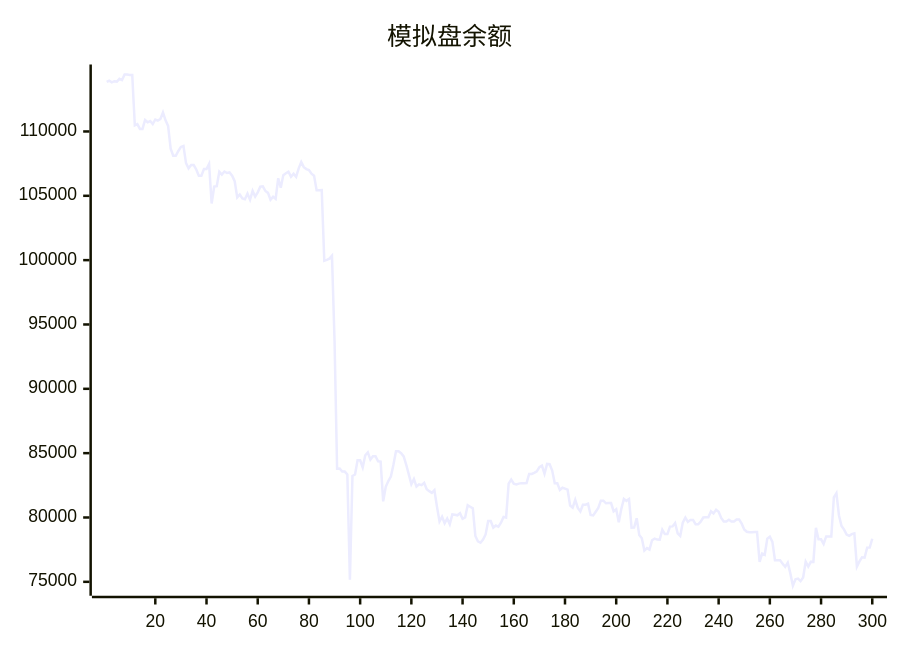
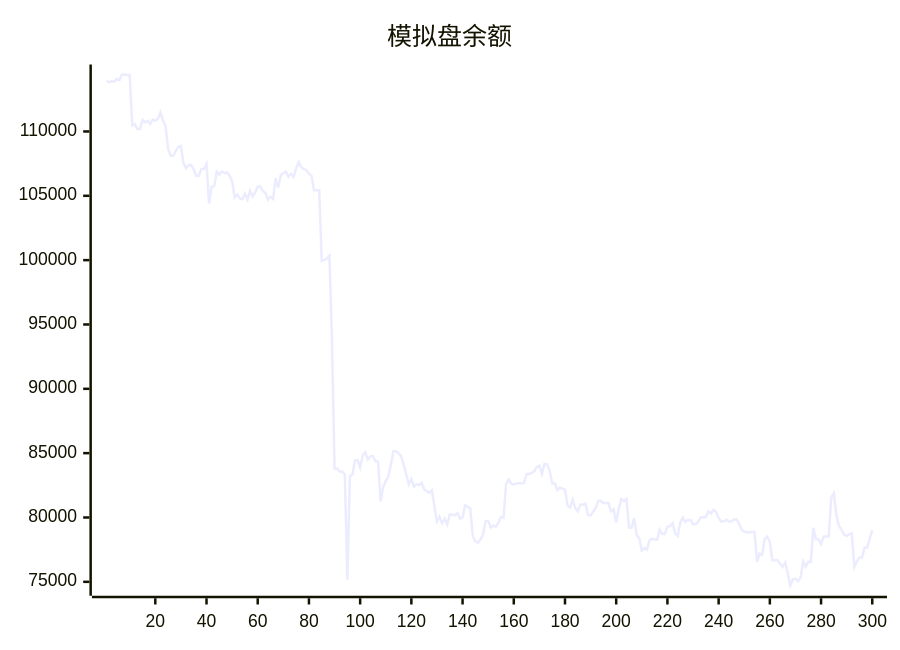
One commit to aahl/ai-trading changed the diagram in README.md. Above: the diagram before and after it, drawn with Mermaid. The commit also changed other lines of this file and 1 other file, not shown here.

````diff
--- a/README.md
+++ b/README.md
@@ -5,5 +5,5 @@
 ```mermaid
 xychart
     title "模拟盘余额"
-    line [113853,113942,113812,113908,113877,114091,113998,114427,114422,114384,114384,110477,110576,110198,110198,110890,110712,110812,110569,110929,110847,110968,111478,110870,110433,108661,108116,108115,108485,108797,108877,107536,107134,107393,107393,107046,106565,106565,107081,107081,107478,104404,105715,105749,106866,106651,106889,106771,106816,106565,106141,104876,105103,104796,104734,105169,104690,105380,104941,105272,105709,105739,105374,105227,104691,104924,104762,106364,105628,106608,106748,106872,106485,106721,106468,107132,107620,107224,107080,107001,106717,106567,105431,105431,105440,99950,100017,100113,100337,93749,83795,83807,83567,83567,83342,75168,83222,83336,84448,84449,83896,84839,85065,84499,84757,84757,84364,84347,81254,82385,82835,83184,84099,85150,85150,85002,84751,84096,83356,82582,82983,82404,82572,82512,82688,82200,82047,81920,82125,80840,79688,80060,79552,79920,79470,80236,80208,80170,80336,79894,80006,80954,80837,80712,78561,78139,78037,78293,78682,79720,79720,79214,79372,79279,79591,80046,79993,82625,82950,82626,82571,82633,82670,82670,82681,83386,83378,83464,83579,83920,84037,83402,84160,84142,83652,82655,82655,82145,82315,82243,82163,80934,80770,81371,80742,80468,80989,80989,81067,80191,80155,80450,80737,81309,81309,81106,81119,81119,80471,80631,79624,80670,81448,81290,81429,79212,79222,79940,78643,78380,77432,77623,77504,78235,78358,78284,78277,79048,78714,78714,79290,79308,79567,78763,78563,79603,79988,79652,79813,79813,79476,79469,79673,79995,80015,80015,80486,80314,80600,80436,79966,79689,79689,79819,79692,79692,79850,79850,79518,79071,78889,78850,78850,78878,78878,76554,77202,77103,78357,78510,78106,76678,76677,76672,76411,76159,76485,75656,74695,75197,75246,75052,75334,76564,76179,76553,76551,79196,78300,78300,77944,78531,78531,78521,81564,81884,80160,79335,79055,78675,78580,78708,78764,76179,76586,76902,76876,77658,77669,78346]
+    line [113942,113812,113908,113877,114091,113998,114427,114422,114384,114384,110477,110576,110198,110198,110890,110712,110812,110569,110929,110847,110968,111478,110870,110433,108661,108116,108115,108485,108797,108877,107536,107134,107393,107393,107046,106565,106565,107081,107081,107478,104404,105715,105749,106866,106651,106889,106771,106816,106565,106141,104876,105103,104796,104734,105169,104690,105380,104941,105272,105709,105739,105374,105227,104691,104924,104762,106364,105628,106608,106748,106872,106485,106721,106468,107132,107620,107224,107080,107001,106717,106567,105431,105431,105440,99950,100017,100113,100337,93749,83795,83807,83567,83567,83342,75168,83222,83336,84448,84449,83896,84839,85065,84499,84757,84757,84364,84347,81254,82385,82835,83184,84099,85150,85150,85002,84751,84096,83356,82582,82983,82404,82572,82512,82688,82200,82047,81920,82125,80840,79688,80060,79552,79920,79470,80236,80208,80170,80336,79894,80006,80954,80837,80712,78561,78139,78037,78293,78682,79720,79720,79214,79372,79279,79591,80046,79993,82625,82950,82626,82571,82633,82670,82670,82681,83386,83378,83464,83579,83920,84037,83402,84160,84142,83652,82655,82655,82145,82315,82243,82163,80934,80770,81371,80742,80468,80989,80989,81067,80191,80155,80450,80737,81309,81309,81106,81119,81119,80471,80631,79624,80670,81448,81290,81429,79212,79222,79940,78643,78380,77432,77623,77504,78235,78358,78284,78277,79048,78714,78714,79290,79308,79567,78763,78563,79603,79988,79652,79813,79813,79476,79469,79673,79995,80015,80015,80486,80314,80600,80436,79966,79689,79689,79819,79692,79692,79850,79850,79518,79071,78889,78850,78850,78878,78878,76554,77202,77103,78357,78510,78106,76678,76677,76672,76411,76159,76485,75656,74695,75197,75246,75052,75334,76564,76179,76553,76551,79196,78300,78300,77944,78531,78531,78521,81564,81884,80160,79335,79055,78675,78580,78708,78764,76179,76586,76902,76876,77658,77669,78346,79023]
 ```
````
